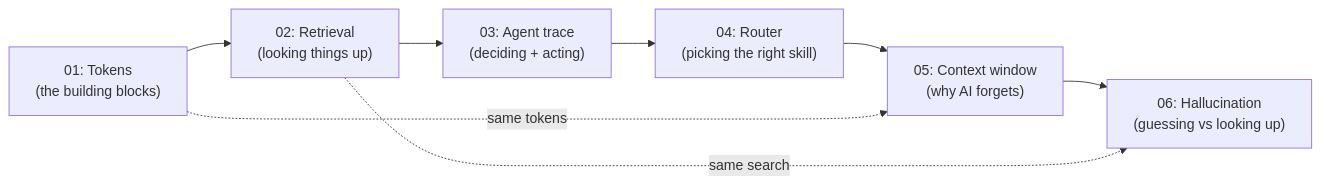
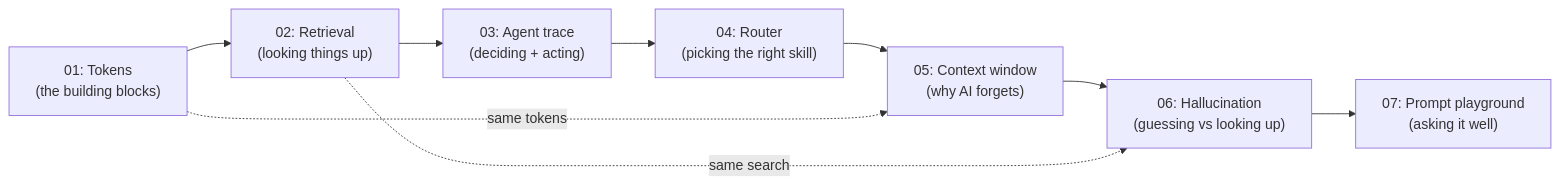
The diagram in README.md (khadir-syed/k-ai-basics), drawn with Mermaid before and after one commit. The commit also changed other lines of this file and 8 other files, not shown here.

Commit message:
Add Demo 7: Prompt Engineering Playground

````diff
--- a/README.md
+++ b/README.md
@@ -68,10 +71,11 @@
 ```mermaid
 flowchart LR
     A["01: Tokens\n(the building blocks)"] --> B["02: Retrieval\n(looking things up)"]
     B --> C["03: Agent trace\n(deciding + acting)"]
     C --> D["04: Router\n(picking the right skill)"]
     D --> E["05: Context window\n(why AI forgets)"]
     A -.->|"same tokens"| E
     E --> F["06: Hallucination\n(guessing vs looking up)"]
     B -.->|"same search"| F
+    F --> G["07: Prompt playground\n(asking it well)"]
 ```
````
